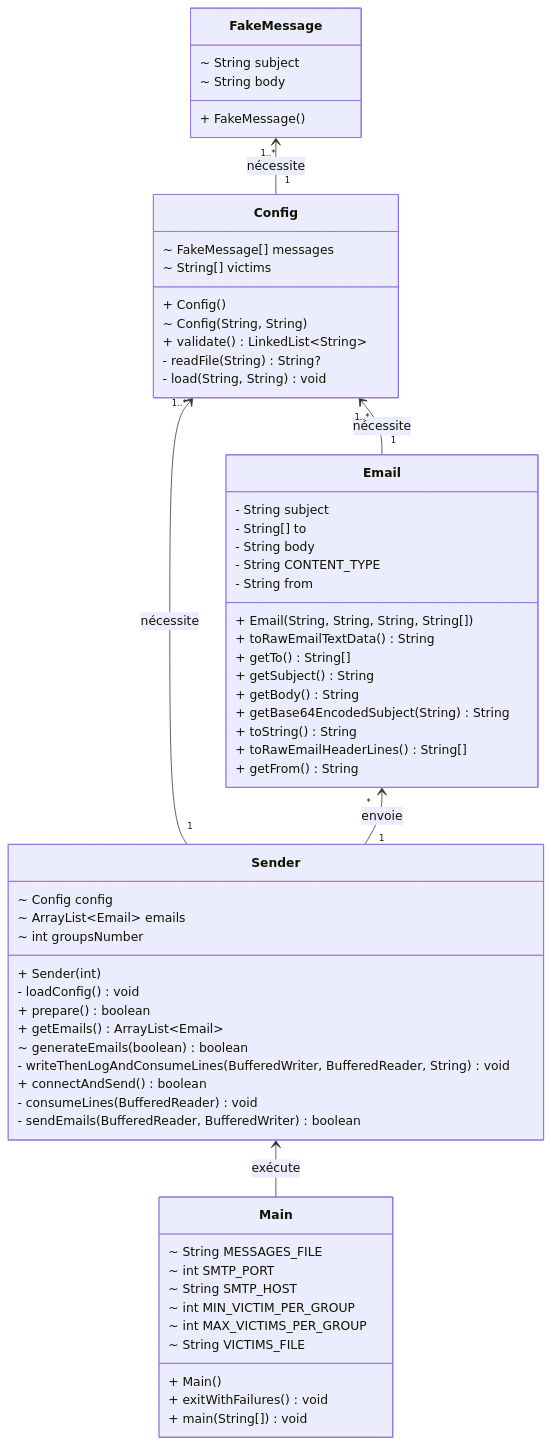
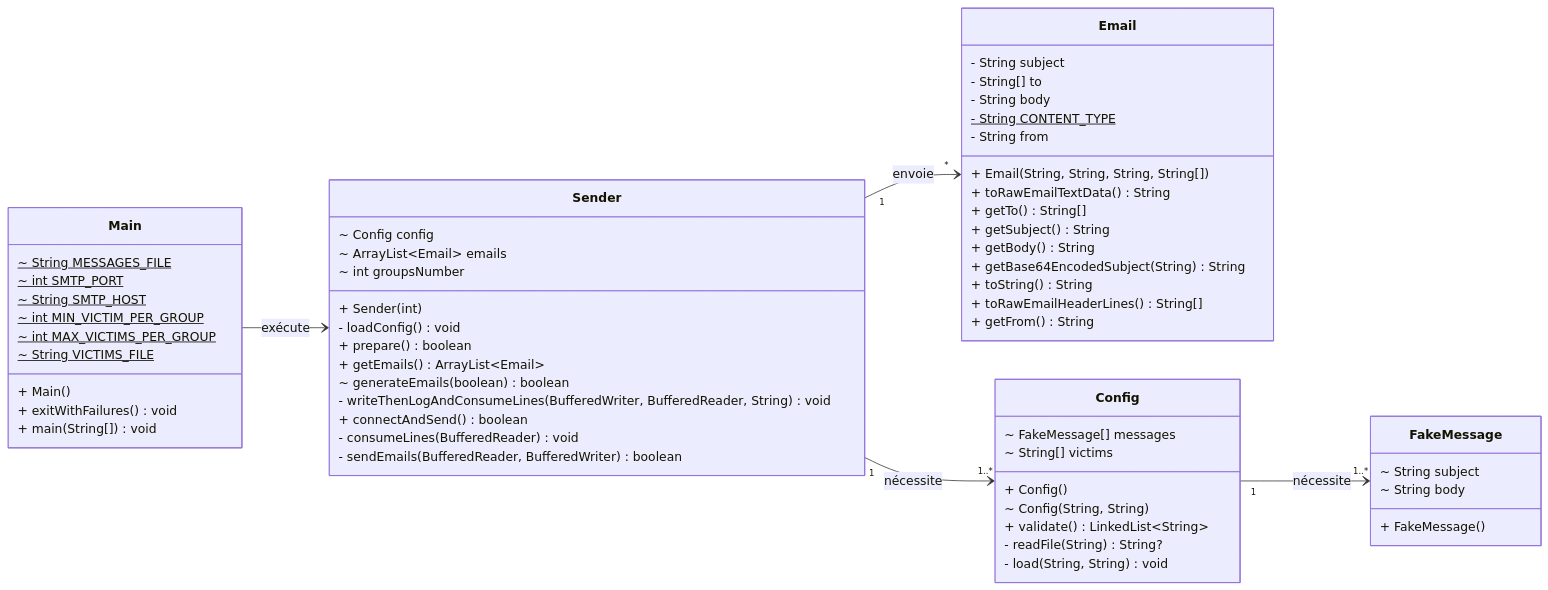
Before and after one commit to G-LK/dai-lab-smtp: the diagram in rapport.md, drawn with Mermaid. The commit also changed other lines of this file, not shown here.

Commit message:
update mermaid

````diff
--- a/rapport.md
+++ b/rapport.md
@@ -143,67 +143,66 @@
 ```mermaid
 classDiagram
-direction BT
+direction LR
 class Main {
   + Main() 
-  ~ String MESSAGES_FILE
-  ~ int SMTP_PORT
-  ~ String SMTP_HOST
-  ~ int MIN_VICTIM_PER_GROUP
-  ~ int MAX_VICTIMS_PER_GROUP
-  ~ String VICTIMS_FILE
+  ~ String MESSAGES_FILE$ 
+  ~ int SMTP_PORT$
+  ~ String SMTP_HOST$
+  ~ int MIN_VICTIM_PER_GROUP$
+  ~ int MAX_VICTIMS_PER_GROUP$
+  ~ String VICTIMS_FILE$
   + exitWithFailures() void
   + main(String[]) void
 }
 
 class Sender {
   + Sender(int) 
   ~ Config config
   ~ ArrayList~Email~ emails
   ~ int groupsNumber
   - loadConfig() void
   + prepare() boolean
   + getEmails() ArrayList~Email~
   ~ generateEmails(boolean) boolean
   - writeThenLogAndConsumeLines(BufferedWriter, BufferedReader, String) void
   + connectAndSend() boolean
   - consumeLines(BufferedReader) void
   - sendEmails(BufferedReader, BufferedWriter) boolean
 }
 class Email {
   + Email(String, String, String, String[]) 
   - String subject
   - String[] to
   - String body
-  - String CONTENT_TYPE
+  - String CONTENT_TYPE$
   - String from
   + toRawEmailTextData() String
   + getTo() String[]
   + getSubject() String
   + getBody() String
   + getBase64EncodedSubject(String) String
   + toString() String
   + toRawEmailHeaderLines() String[]
   + getFrom() String
 }
 class Config {
   + Config() 
   ~ Config(String, String) 
   ~ FakeMessage[] messages
   ~ String[] victims
   + validate() LinkedList~String~
   - readFile(String) String?
   - load(String, String) void
 }
 class FakeMessage {
   + FakeMessage() 
   ~ String subject
   ~ String body
 }
 
 Main --> Sender : exécute
 Sender "1" --> "*" Email : envoie
 Sender "1" --> "1..*" Config : nécessite
-Email "1" --> "1..*" Config : nécessite
 Config "1" --> "1..*" FakeMessage : nécessite
 
 ```
````
